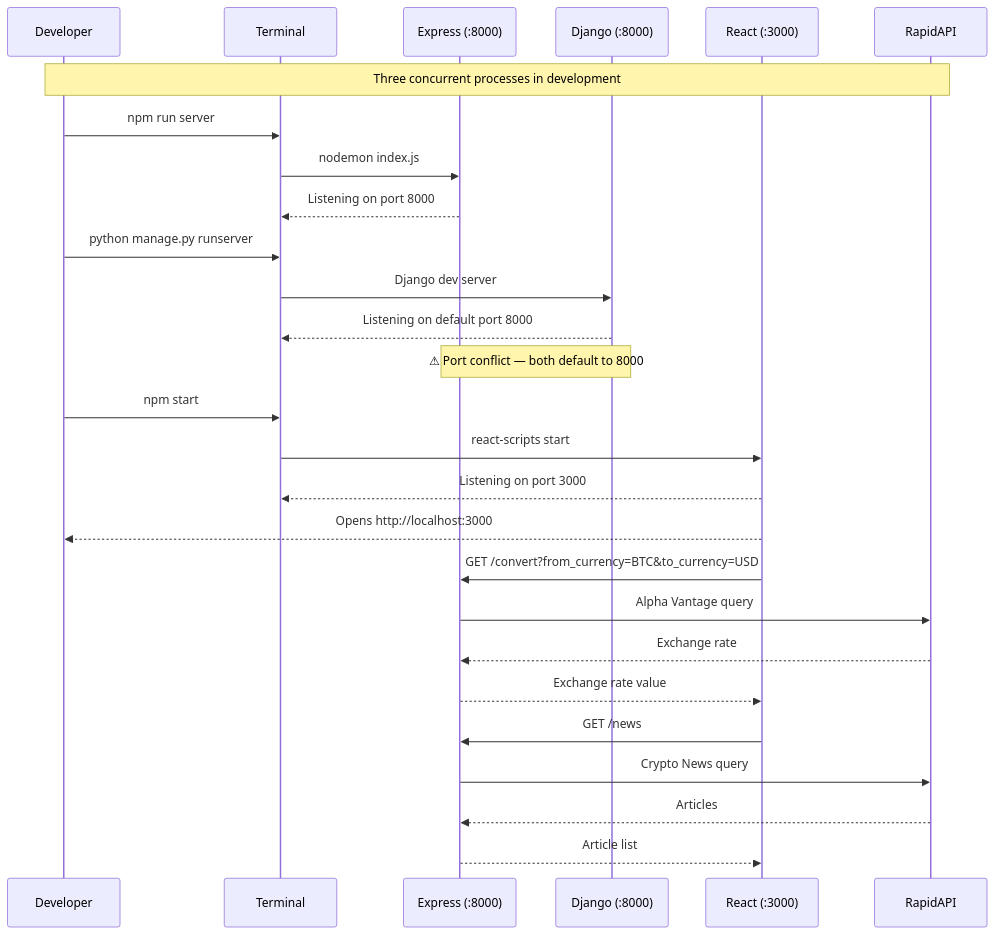
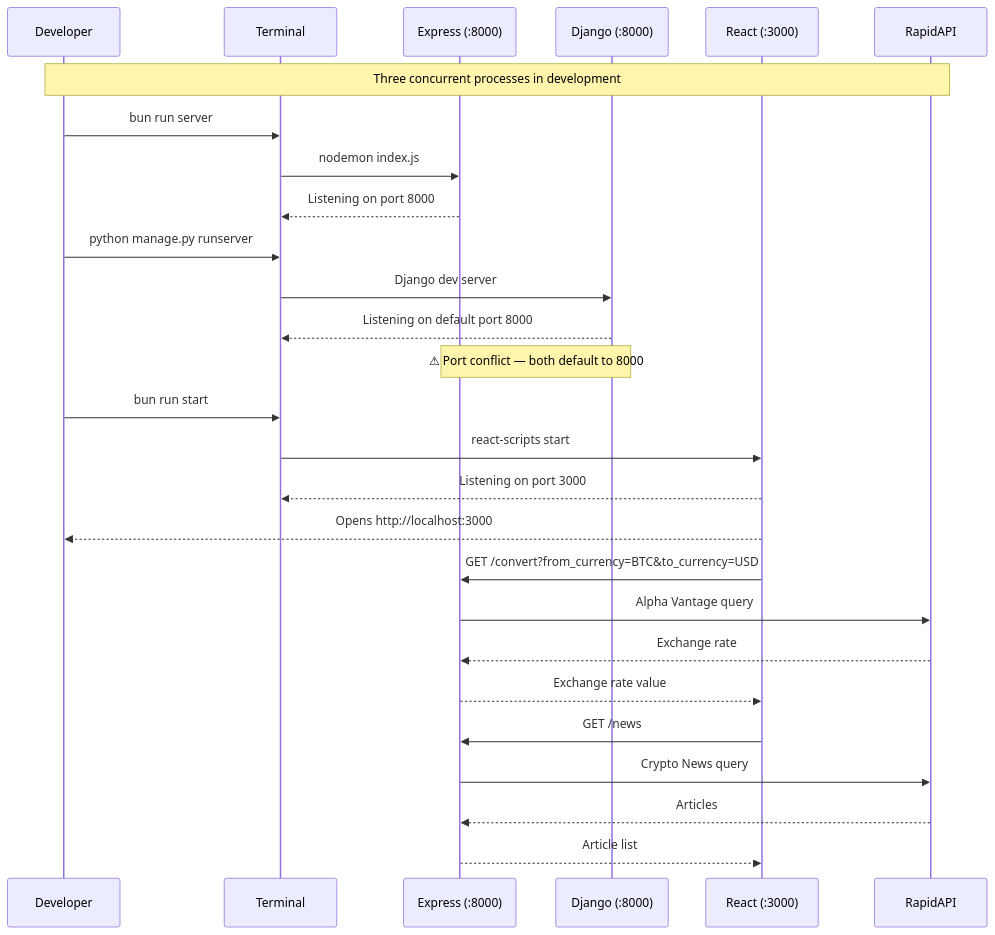
Before and after one commit to rhixecompany/sandbox: the first of 2 diagrams in docs/Project_Architecture/projects/xamehi/xamehi_architecture.md, drawn with Mermaid. The commit also changed other lines of this file and 126 other files, not shown here.

First line of the commit message:
chore: migrate npm/npx → bun/bunx + bun default package manager

````diff
--- a/docs/Project_Architecture/projects/xamehi/xamehi_architecture.md
+++ b/docs/Project_Architecture/projects/xamehi/xamehi_architecture.md
@@ -225,36 +225,36 @@
 ```mermaid
 sequenceDiagram
     participant Dev as Developer
     participant Terminal
     participant Express as Express (:8000)
     participant Django as Django (:8000)
     participant React as React (:3000)
     participant RapidAPI as RapidAPI
 
     Note over Dev,RapidAPI: Three concurrent processes in development
 
-    Dev->>Terminal: npm run server
+    Dev->>Terminal: bun run server
     Terminal->>Express: nodemon index.js
     Express-->>Terminal: Listening on port 8000
 
     Dev->>Terminal: python manage.py runserver
     Terminal->>Django: Django dev server
     Django-->>Terminal: Listening on default port 8000
 
     Note over Express,Django: ⚠ Port conflict — both default to 8000
 
-    Dev->>Terminal: npm start
+    Dev->>Terminal: bun run start
     Terminal->>React: react-scripts start
     React-->>Terminal: Listening on port 3000
     React-->>Dev: Opens http://localhost:3000
 
     React->>Express: GET /convert?from_currency=BTC&to_currency=USD
     Express->>RapidAPI: Alpha Vantage query
     RapidAPI-->>Express: Exchange rate
     Express-->>React: Exchange rate value
 
     React->>Express: GET /news
     Express->>RapidAPI: Crypto News query
     RapidAPI-->>Express: Articles
     Express-->>React: Article list
 ```
````
